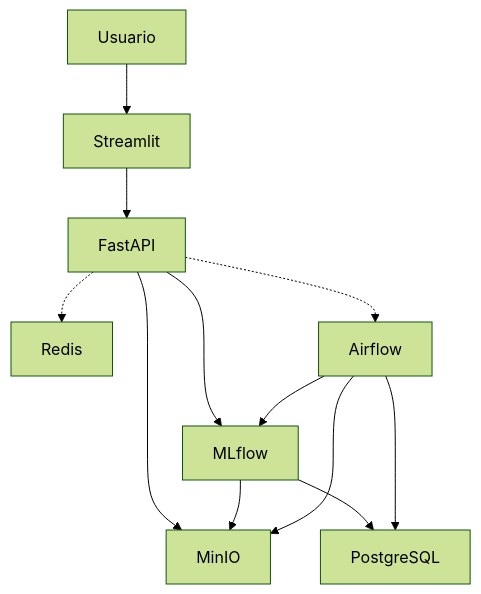
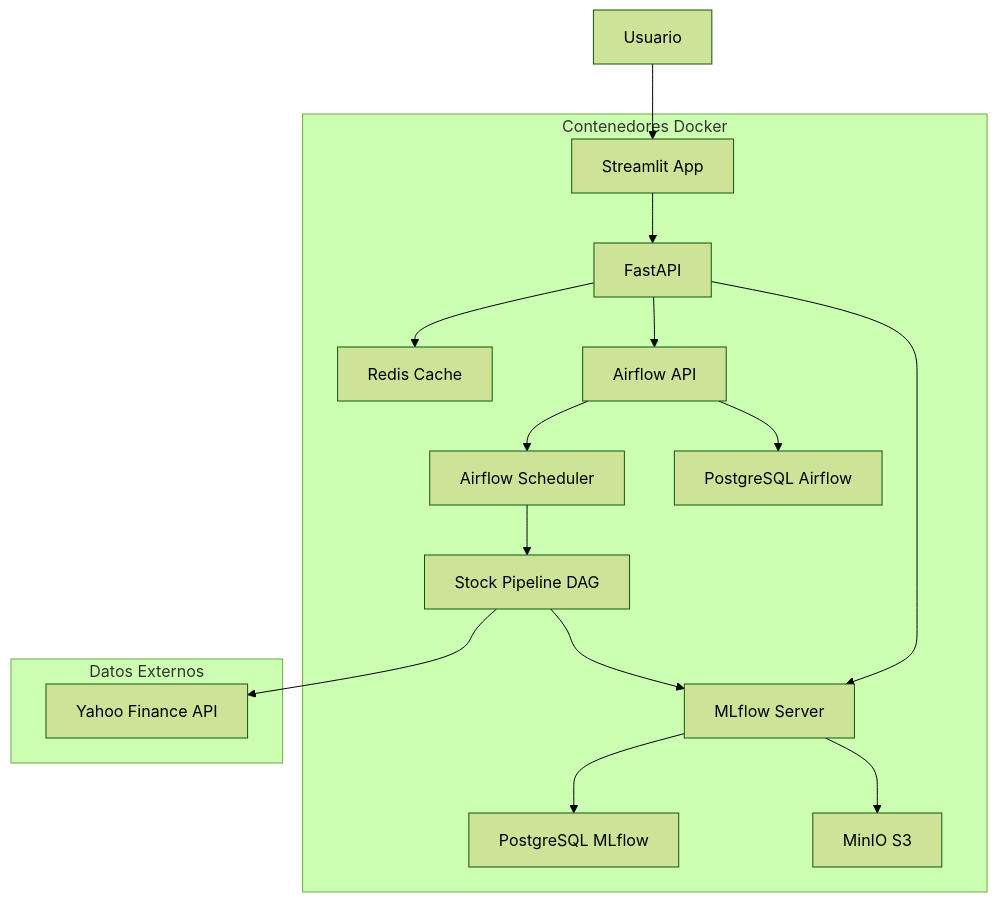
The diagram in README.md (dimacio/TP-AdM2), drawn with Mermaid (forest theme) before and after one commit. The commit also changed other lines of this file, not shown here.

````diff
--- a/README.md
+++ b/README.md
@@ -53,14 +102,35 @@
 ```mermaid
 graph TD
-    Usuario --> Streamlit
-    Streamlit --> FastAPI
-    FastAPI --> MLflow
-    FastAPI --> MinIO
-    FastAPI -.-> Redis
-    FastAPI -.-> Airflow
-    MLflow --> MinIO
-    MLflow --> PostgreSQL
-    Airflow --> MLflow
-    Airflow --> MinIO
-    Airflow --> PostgreSQL
+    U[Usuario] --> ST[Streamlit App]
+    ST --> API[FastAPI]
+    API --> R[Redis Cache]
+    API --> MLF[MLflow Server]
+    API --> AF[Airflow API]
+
+    AF --> AFS[Airflow Scheduler]
+    AFS --> DAG[Stock Pipeline DAG]
+    DAG --> MLF
+    DAG --> YF[Yahoo Finance API]
+
+    MLF --> PG1[PostgreSQL MLflow]
+    MLF --> S3[MinIO S3]
+
+    AF --> PG2[PostgreSQL Airflow]
+
+    subgraph "Contenedores Docker"
+        ST
+        API
+        R
+        MLF
+        AF
+        AFS
+        PG1
+        PG2
+        S3
+        DAG
+    end
+
+    subgraph "Datos Externos"
+        YF
+    end
 ```
````
